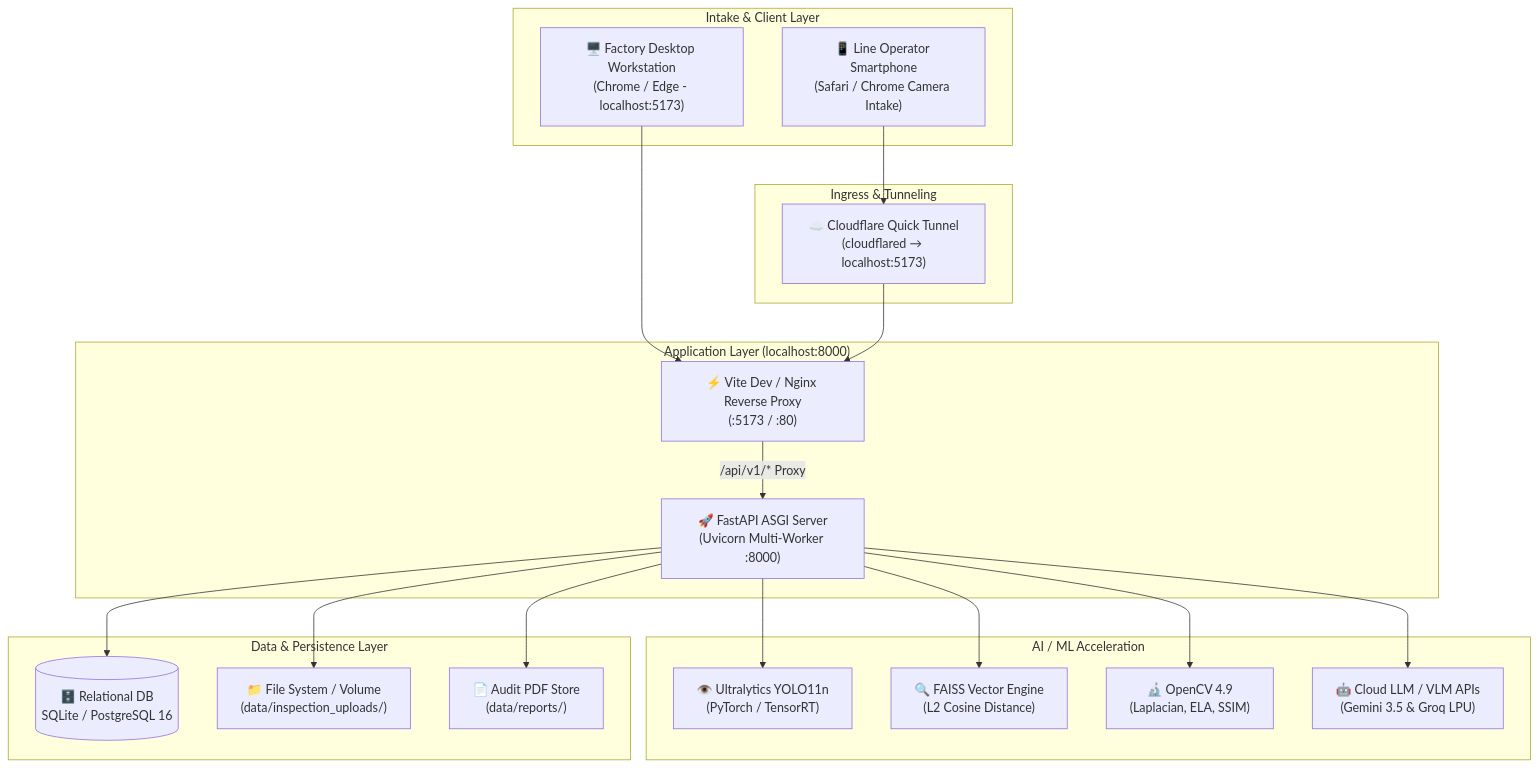
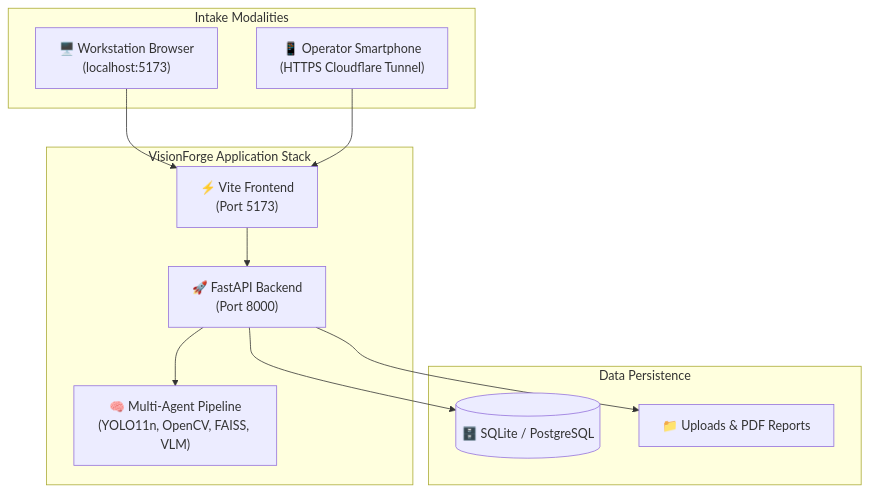
The first of 2 diagrams in docs/DEPLOYMENT.md (Disha-1610/VisionForge), drawn with Mermaid before and after one commit. The commit also changed other lines of this file and 13 other files, not shown here.

````diff
--- a/docs/DEPLOYMENT.md
+++ b/docs/DEPLOYMENT.md
@@ -34,35 +33,25 @@
 ```mermaid
 flowchart TD
-    subgraph ClientLayer["Intake & Client Layer"]
-        Desktop["🖥️ Factory Desktop Workstation<br/>(Chrome / Edge - localhost:5173)"]
-        Mobile["📱 Line Operator Smartphone<br/>(Safari / Chrome Camera Intake)"]
+    subgraph Clients["Intake Modalities"]
+        Desktop["🖥️ Workstation Browser<br/>(localhost:5173)"]
+        Mobile["📱 Operator Smartphone<br/>(HTTPS Cloudflare Tunnel)"]
     end
 
-    subgraph TunnelLayer["Ingress & Tunneling"]
-        CF["☁️ Cloudflare Quick Tunnel<br/>(cloudflared → localhost:5173)"]
+    subgraph Core["VisionForge Application Stack"]
+        Vite["⚡ Vite Frontend<br/>(Port 5173)"]
+        FastAPI["🚀 FastAPI Backend<br/>(Port 8000)"]
+        Engine["🧠 Multi-Agent Pipeline<br/>(YOLO11n, OpenCV, FAISS, VLM)"]
     end
 
-    subgraph AppLayer["Application Layer (localhost:8000)"]
-        Vite["⚡ Vite Dev / Nginx Reverse Proxy<br/>(:5173 / :80)"]
-        FastAPI["🚀 FastAPI ASGI Server<br/>(Uvicorn Multi-Worker :8000)"]
-    end
-
-    subgraph MLServices["AI / ML Acceleration"]
-        YOLO["👁️ Ultralytics YOLO11n<br/>(PyTorch / TensorRT)"]
-        FAISS["🔍 FAISS Vector Engine<br/>(L2 Cosine Distance)"]
-        OpenCV["🔬 OpenCV 4.9<br/>(Laplacian, ELA, SSIM)"]
-        VLM["🤖 Cloud LLM / VLM APIs<br/>(Gemini 3.5 & Groq LPU)"]
-    end
-
-    subgraph StorageLayer["Data & Persistence Layer"]
-        DB[(🗄️ Relational DB<br/>SQLite / PostgreSQL 16)]
-        Uploads["📁 File System / Volume<br/>(data/inspection_uploads/)"]
-        Reports["📄 Audit PDF Store<br/>(data/reports/)"]
+    subgraph Storage["Data Persistence"]
+        DB[("🗄️ SQLite / PostgreSQL")]
+        Files["📁 Uploads & PDF Reports"]
     end
 
     Desktop --> Vite
-    Mobile --> CF --> Vite
-    Vite -->|/api/v1/* Proxy| FastAPI
-    FastAPI --> YOLO & FAISS & OpenCV & VLM
-    FastAPI --> DB & Uploads & Reports
+    Mobile --> Vite
+    Vite --> FastAPI
+    FastAPI --> Engine
+    FastAPI --> DB
+    FastAPI --> Files
 ```
````
